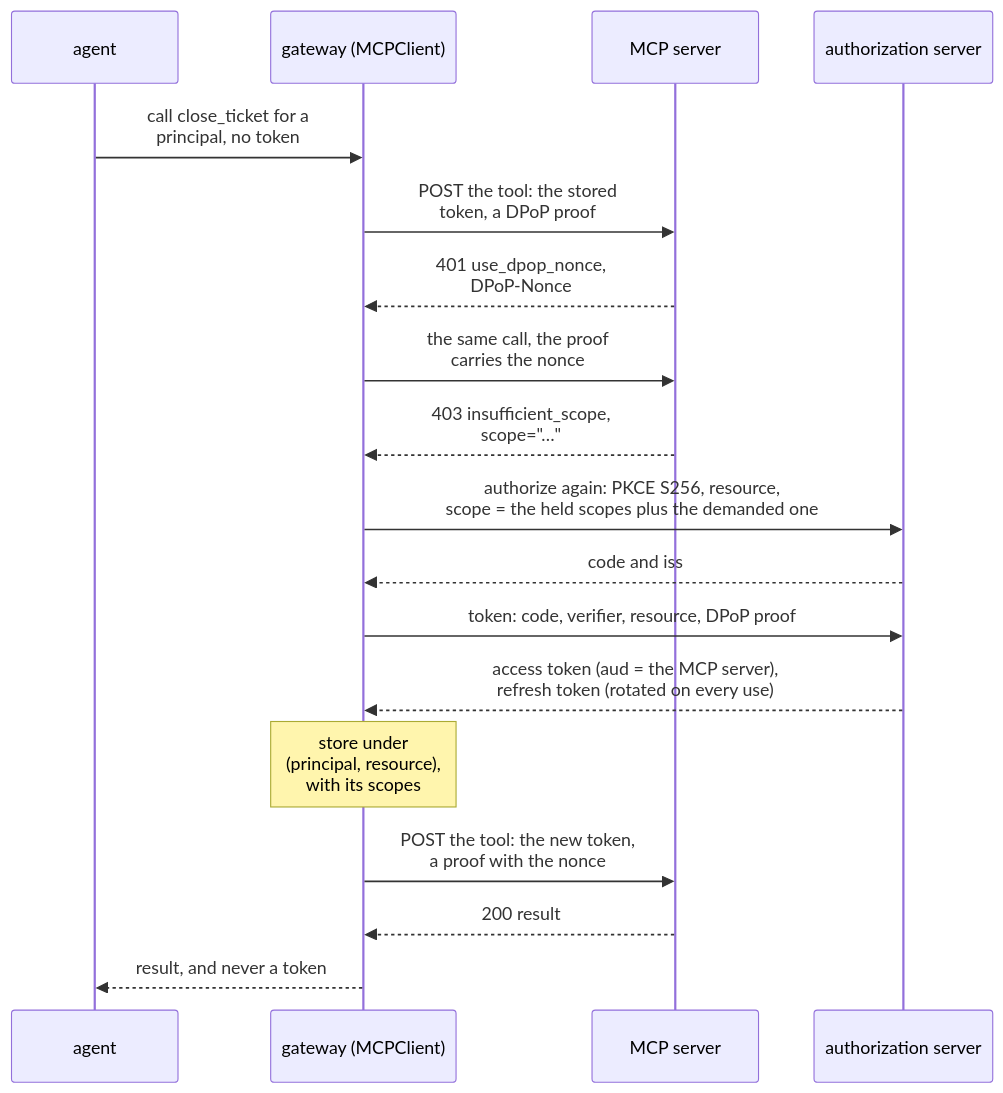
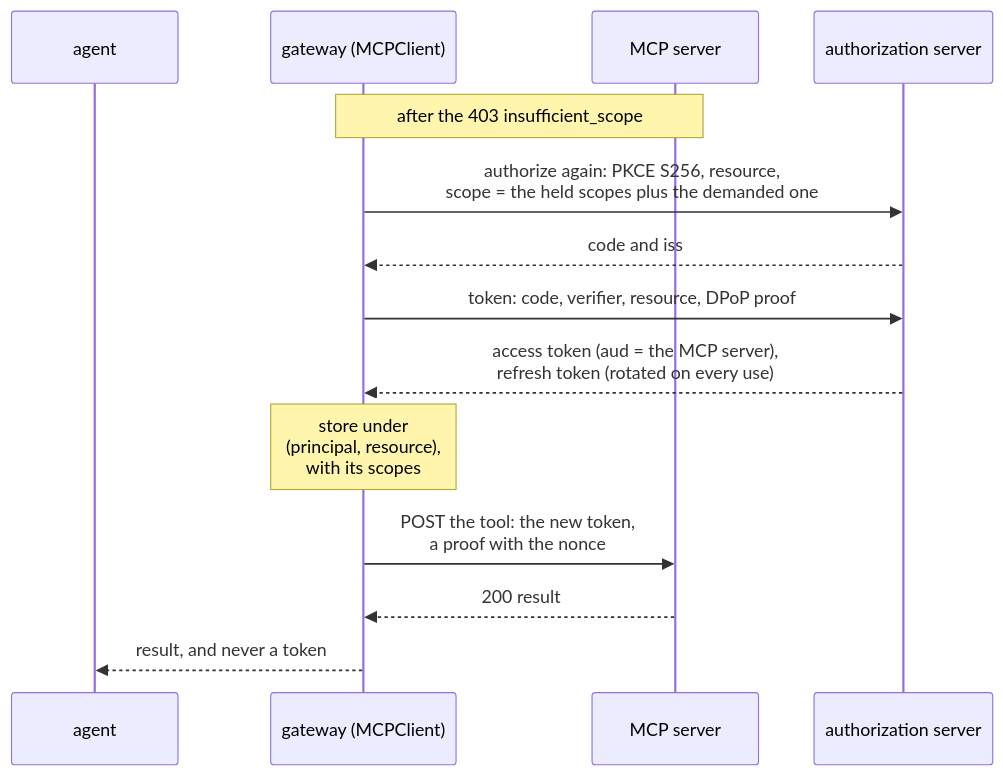
One commit to aniryou/full-stack-agentic-engineer changed the ninth of 9 diagrams in 06-gateway/llm-gateway/PRIMER.md. Above: the diagram before and after it, drawn with Mermaid. The commit also changed other lines of this file and 633 other files, not shown here.

First line of the commit message:
Accessible language and one-screen figures, part 1: every figure fits a screen, the STE second pass over the layers (#53)

````diff
--- a/06-gateway/llm-gateway/PRIMER.md
+++ b/06-gateway/llm-gateway/PRIMER.md
@@ -1074,20 +1093,16 @@
 ```mermaid
 sequenceDiagram
     participant A as agent
     participant G as gateway (MCPClient)
     participant S as MCP server
     participant AS as authorization server
-    A->>G: call close_ticket for a<br/>principal, no token
-    G->>S: POST the tool: the stored<br/>token, a DPoP proof
-    S-->>G: 401 use_dpop_nonce,<br/>DPoP-Nonce
-    G->>S: the same call, the proof<br/>carries the nonce
-    S-->>G: 403 insufficient_scope,<br/>scope="…"
+    Note over G,S: after the 403 insufficient_scope
     G->>AS: authorize again: PKCE S256, resource,<br/>scope = the held scopes plus the demanded one
     AS-->>G: code and iss
     G->>AS: token: code, verifier, resource, DPoP proof
     AS-->>G: access token (aud = the MCP server),<br/>refresh token (rotated on every use)
     Note over G: store under<br/>(principal, resource),<br/>with its scopes
     G->>S: POST the tool: the new token,<br/>a proof with the nonce
     S-->>G: 200 result
     G-->>A: result, and never a token
 ```
````
